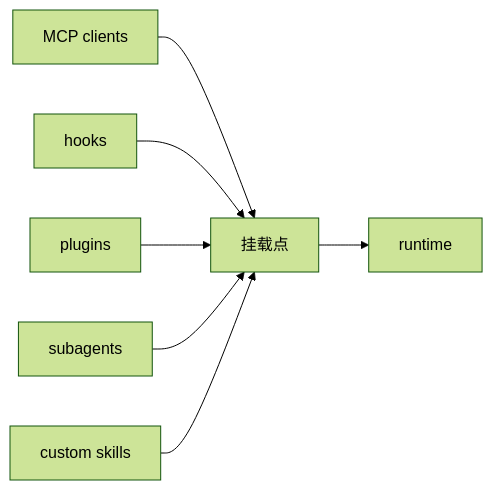
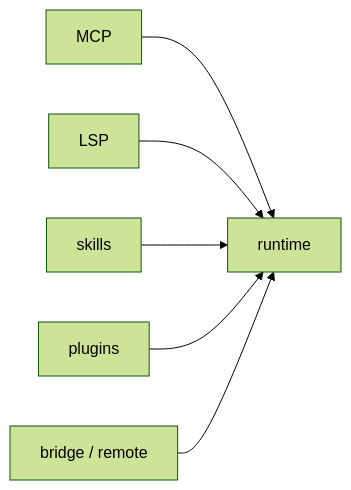
One commit to betaHi/betaHi.github.io changed the diagram in claude-code-architecture/05-integrations-and-extensibility.md. Above: the diagram before and after it, drawn with Mermaid (forest theme). The commit also changed 2 other files, not shown here.

Commit message:
Align ch 05, 15, 24 diagrams with chapter source
- Ch 05: replace generic 挂载点 taxonomy with the 5 categories named in the
  chapter prose (MCP / LSP / skills / plugins / bridge-or-remote).
- Ch 15: the turn epilogue is handleStopHooks, which owns stop-hooks plus
  extract-memories, auto-dream and teammate/task-completed. Reorganize so
  they read as siblings under the epilogue, not descendants of stop-hook
  execution.
- Ch 24: compact boundary is the central structure; snip / microcompact /
  contextCollapse / autocompact are alternative cleaning mechanisms that
  all feed into getMessagesAfterCompactBoundary, not a linear pipeline.

````diff
--- a/claude-code-architecture/05-integrations-and-extensibility.md
+++ b/claude-code-architecture/05-integrations-and-extensibility.md
@@ -33,9 +33,8 @@
 ```mermaid
 flowchart LR
-    A["MCP clients"] --> M["挂载点"]
-    B["hooks"] --> M
-    C["plugins"] --> M
-    D["subagents"] --> M
-    E["custom skills"] --> M
-    M --> R["runtime"]
+    A["MCP"] --> R["runtime"]
+    B["LSP"] --> R
+    C["skills"] --> R
+    D["plugins"] --> R
+    E["bridge / remote"] --> R
 ```
````
